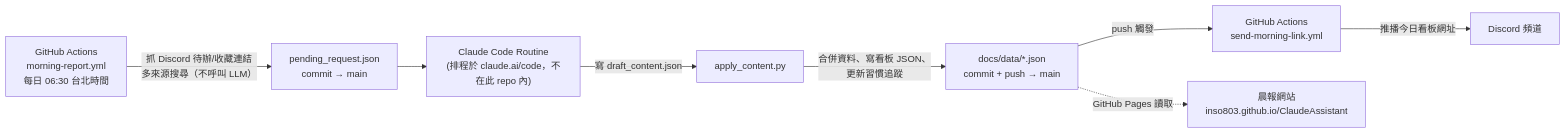
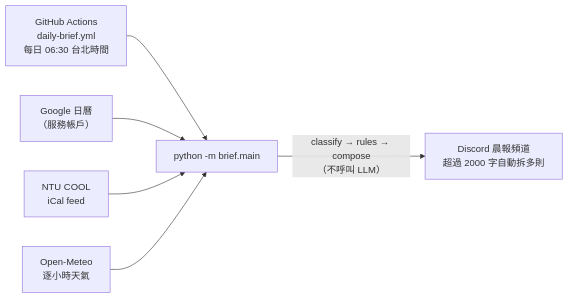
The diagram in README.md (inso803/ClaudeAssistant), drawn with Mermaid before and after one commit. The commit also changed other lines of this file and 2 other files, not shown here.

````diff
--- a/README.md
+++ b/README.md
@@ -14,10 +15,8 @@
 ```mermaid
 flowchart LR
-    A["GitHub Actions<br/>morning-report.yml<br/>每日 06:30 台北時間"] -->|"抓 Discord 待辦/收藏連結<br/>多來源搜尋（不呼叫 LLM）"| B["pending_request.json<br/>commit → main"]
-    B --> C["Claude Code Routine<br/>(排程於 claude.ai/code，不在此 repo 內)"]
-    C -->|"寫 draft_content.json"| D["apply_content.py"]
-    D -->|"合併資料、寫看板 JSON、<br/>更新習慣追蹤"| E["docs/data/*.json<br/>commit + push → main"]
-    E -->|"push 觸發"| F["GitHub Actions<br/>send-morning-link.yml"]
-    F -->|"推播今日看板網址"| G["Discord 頻道"]
-    E -.->|"GitHub Pages 讀取"| H["晨報網站<br/>inso803.github.io/ClaudeAssistant"]
+    A["GitHub Actions<br/>daily-brief.yml<br/>每日 06:30 台北時間"] --> B["python -m brief.main"]
+    G["Google 日曆<br/>（服務帳戶）"] --> B
+    C["NTU COOL<br/>iCal feed"] --> B
+    W["Open-Meteo<br/>逐小時天氣"] --> B
+    B -->|"classify → rules → compose<br/>（不呼叫 LLM）"| D["Discord 晨報頻道<br/>超過 2000 字自動拆多則"]
 ```
````
